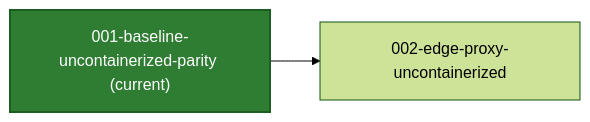
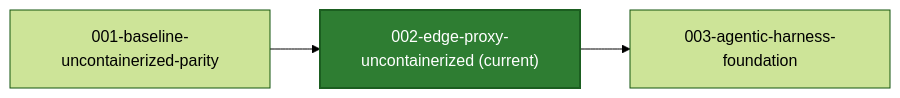
One commit to azure-octo/traderX changed the first of 2 diagrams in README.md. Above: the diagram before and after it, drawn with Mermaid (forest theme). The commit also changed other lines of this file and 39 other files, not shown here.

First line of the commit message:
snapshot: 002-edge-proxy-uncontainerized generated from a41e87908ebf8e9d2cd385280eacced32887bb1e

````diff
--- a/README.md
+++ b/README.md
@@ -21,8 +21,10 @@
 ```mermaid
 flowchart LR
-  S_CUR["001-baseline-uncontainerized-parity (current)"]
+  S_CUR["002-edge-proxy-uncontainerized (current)"]
   style S_CUR fill:#2e7d32,stroke:#1b5e20,color:#ffffff,stroke-width:2px
-  S_CUR --> S_NEXT_002_edge_proxy_uncontainerized["002-edge-proxy-uncontainerized"]
-  click S_NEXT_002_edge_proxy_uncontainerized href "https://github.com/finos/traderX/tree/code%2Fgenerated-state-002-edge-proxy-uncontainerized" "Open branch"
-  click S_CUR href "https://github.com/finos/traderX/tree/code%2Fgenerated-state-001-baseline-uncontainerized-parity" "Open current branch"
+  S_PREV_001_baseline_uncontainerized_parity["001-baseline-uncontainerized-parity"] --> S_CUR
+  click S_PREV_001_baseline_uncontainerized_parity href "https://github.com/finos/traderX/tree/code%2Fgenerated-state-001-baseline-uncontainerized-parity" "Open branch"
+  S_CUR --> S_NEXT_003_agentic_harness_foundation["003-agentic-harness-foundation"]
+  click S_NEXT_003_agentic_harness_foundation href "https://github.com/finos/traderX/tree/code%2Fgenerated-state-003-agentic-harness-foundation" "Open branch"
+  click S_CUR href "https://github.com/finos/traderX/tree/code%2Fgenerated-state-002-edge-proxy-uncontainerized" "Open current branch"
 ```
````
